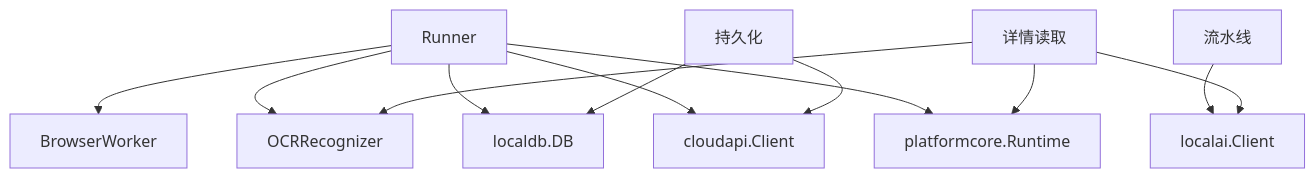
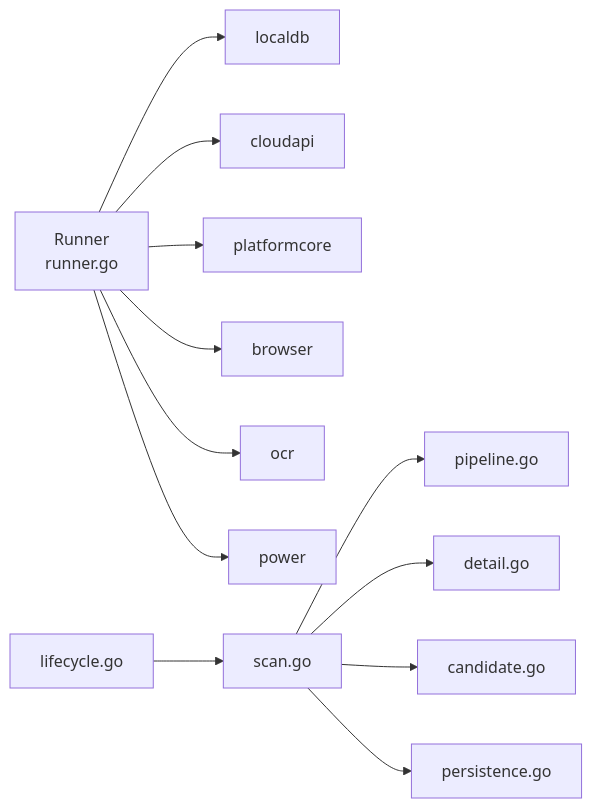
The eighth of 8 diagrams in .qoder/repowiki/zh/content/本地执行器/任务调度/执行管道.md (alvinwangzi/goodhr), drawn with Mermaid before and after one commit. The commit also changed other lines of this file and 149 other files, not shown here.

````diff
--- a/.qoder/repowiki/zh/content/本地执行器/任务调度/执行管道.md
+++ b/.qoder/repowiki/zh/content/本地执行器/任务调度/执行管道.md
@@ -341,14 +324,14 @@
 ```mermaid
-graph TB
-Runner["Runner"] --> Worker["BrowserWorker"]
-Runner --> OCR["OCRRecognizer"]
-Runner --> DB["localdb.DB"]
-Runner --> Cloud["cloudapi.Client"]
-Runner --> Platform["platformcore.Runtime"]
-Pipeline["流水线"] --> AI["localai.Client"]
-Detail["详情读取"] --> Platform
-Detail --> OCR
-Detail --> AI
-Persist["持久化"] --> DB
-Persist --> Cloud
+graph LR
+Runner["Runner<br/>runner.go"] --> LocalDB["localdb"]
+Runner --> CloudAPI["cloudapi"]
+Runner --> PlatformCore["platformcore"]
+Runner --> Browser["browser"]
+Runner --> OCR["ocr"]
+Runner --> Power["power"]
+Lifecycle["lifecycle.go"] --> Scan["scan.go"]
+Scan --> Pipeline["pipeline.go"]
+Scan --> Detail["detail.go"]
+Scan --> Candidate["candidate.go"]
+Scan --> Persistence["persistence.go"]
 ```
````
